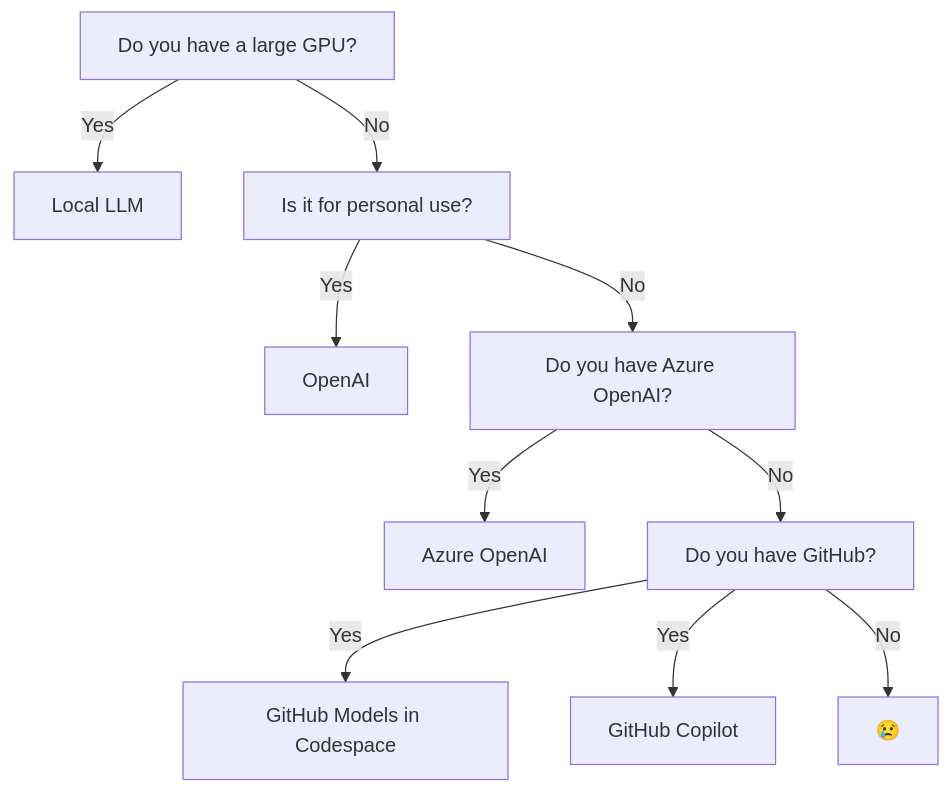
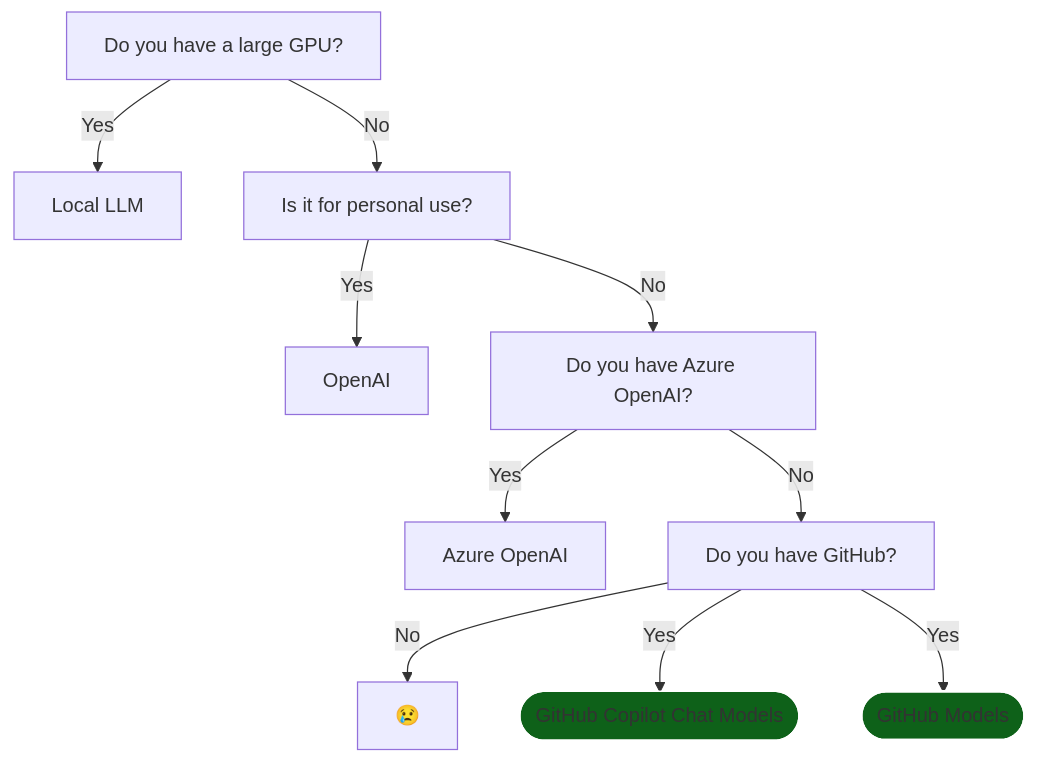
One commit to microsoft/genaiscript changed the diagram in slides/pages/tokens.md. Above: the diagram before and after it, drawn with Mermaid. The commit also changed 4 other files, not shown here.

````diff
--- a/slides/pages/tokens.md
+++ b/slides/pages/tokens.md
@@ -3,12 +3,14 @@
 ```mermaid {scale: 0.9}
-graph TD
+flowchart TD
     A[Do you have a large GPU?] -->|Yes| B[Local LLM]
     A -->|No| C[Is it for personal use?]
     C -->|Yes| D[OpenAI]
     C -->|No| E[Do you have Azure OpenAI?]
     E -->|Yes| F[Azure OpenAI]
     E -->|No| G[Do you have GitHub?]
-    G -->|Yes| H[GitHub Models in Codespace]
-    G -->|Yes| I[GitHub Copilot]
     G -->|No| K[😢]
+    G -->|Yes| I([GitHub Copilot Chat Models])
+    G -->|Yes| H([GitHub Models])
+    style I fill:#0e6119,stroke:#fff
+    style H fill:#0e6119,stroke:#fff,stroke-width:2px
 ```
````
